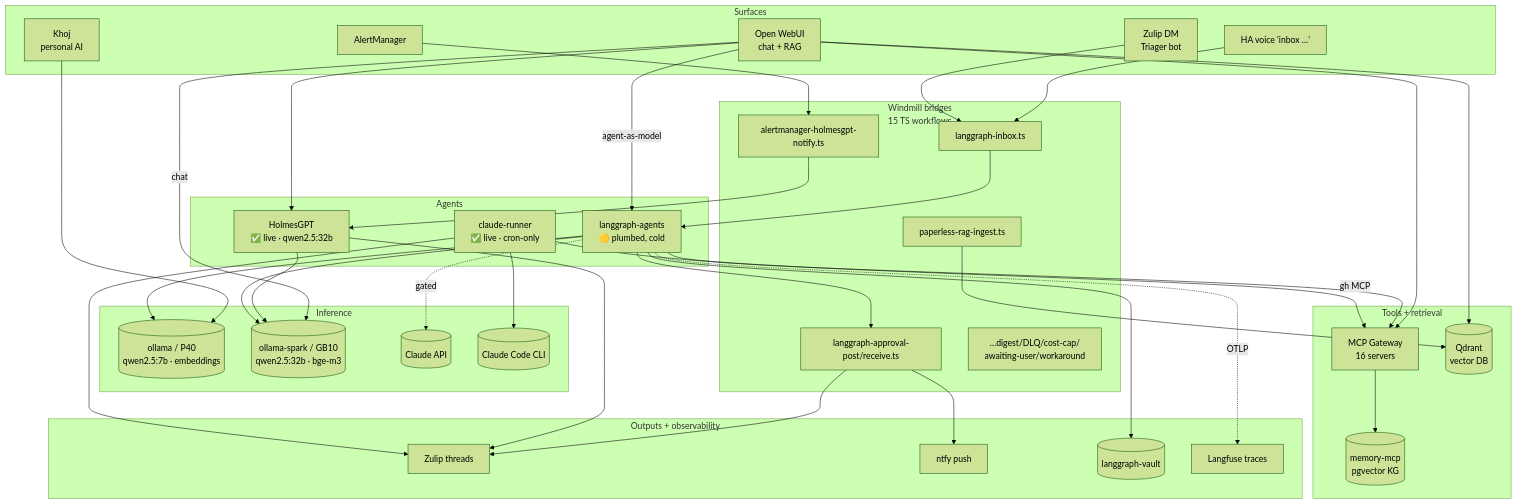
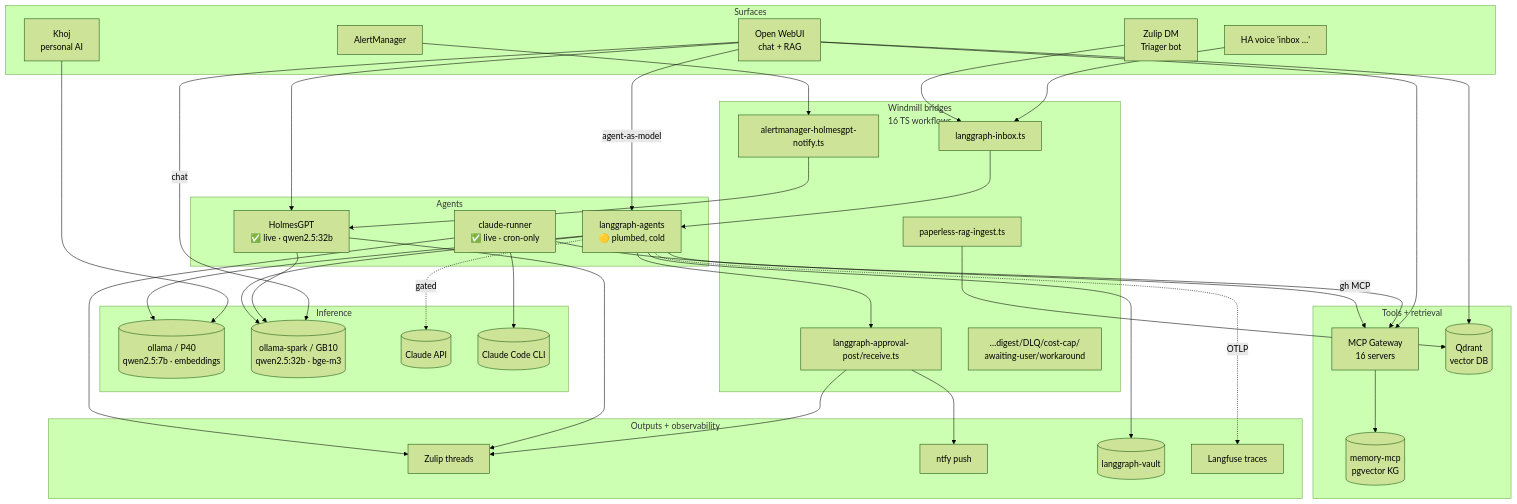
One commit to rwlove/home-ops changed the second of 3 diagrams in README.md. Above: the diagram before and after it, drawn with Mermaid (forest theme). The commit also changed other lines of this file and 1 other file, not shown here.

First line of the commit message:
feat(windmill): smart-home-intent-drift workflow (#11998)

````diff
--- a/README.md
+++ b/README.md
@@ -317,67 +317,67 @@
 ```mermaid
 flowchart TB
     subgraph Surfaces[Surfaces]
         OWUI[Open WebUI<br/>chat + RAG]
         Khoj[Khoj<br/>personal AI]
         Voice[HA voice 'inbox …']
         ZulipDM[Zulip DM<br/>Triager bot]
         AM[AlertManager]
     end
 
-    subgraph Bridges[Windmill bridges<br/>15 TS workflows]
+    subgraph Bridges[Windmill bridges<br/>16 TS workflows]
         WInbox[langgraph-inbox.ts]
         WAlert[alertmanager-holmesgpt-notify.ts]
         WApprove[langgraph-approval-post/receive.ts]
         WPaperless[paperless-rag-ingest.ts]
         WOther[…digest/DLQ/cost-cap/<br/>awaiting-user/workaround]
     end
 
     subgraph Agents[Agents]
         Holmes[HolmesGPT<br/>✅ live · qwen2.5:32b]
         LG[langgraph-agents<br/>🟡 plumbed, cold]
         CR[claude-runner<br/>✅ live · cron-only]
     end
 
     subgraph Inference[Inference]
         OllamaP40[(ollama / P40<br/>qwen2.5:7b · embeddings)]
         OllamaSpark[(ollama-spark / GB10<br/>qwen2.5:32b · bge-m3)]
         Claude[(Claude API)]
         CC[(Claude Code CLI)]
     end
 
     subgraph Tools[Tools + retrieval]
         Gw[MCP Gateway<br/>16 servers]
         Q[(Qdrant<br/>vector DB)]
         Mem[(memory-mcp<br/>pgvector KG)]
     end
 
     subgraph Outputs[Outputs + observability]
         Zulip[Zulip threads]
         Ntfy[ntfy push]
         Vault[(langgraph-vault)]
         LF[Langfuse traces]
     end
 
     Voice --> WInbox --> LG
     ZulipDM --> WInbox
     OWUI -->|chat| OllamaSpark
     OWUI -->|agent-as-model| LG
     OWUI --> Gw
     OWUI --> Holmes
     OWUI --> Q
     Khoj --> OllamaP40
     AM --> WAlert --> Holmes
     Holmes --> OllamaSpark
     LG --> OllamaSpark
     LG --> OllamaP40
     LG -.->|gated| Claude
     LG --> Gw --> Mem
     LG -.->|OTLP| LF
     WPaperless --> Q
     CR --> CC
     CR -->|gh MCP| Gw
     LG --> WApprove --> Zulip & Ntfy
     LG --> Vault
     Holmes --> Zulip
     CR --> Zulip
 ```
````
